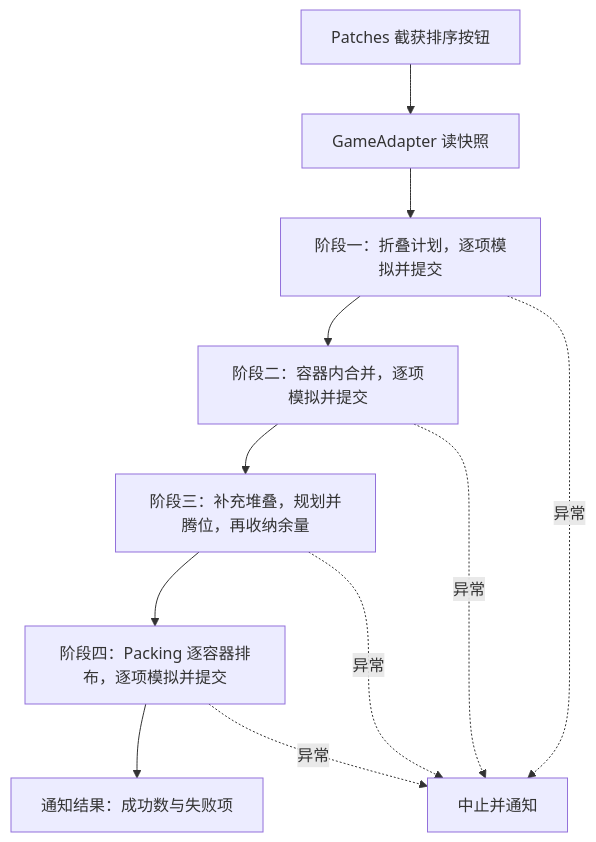
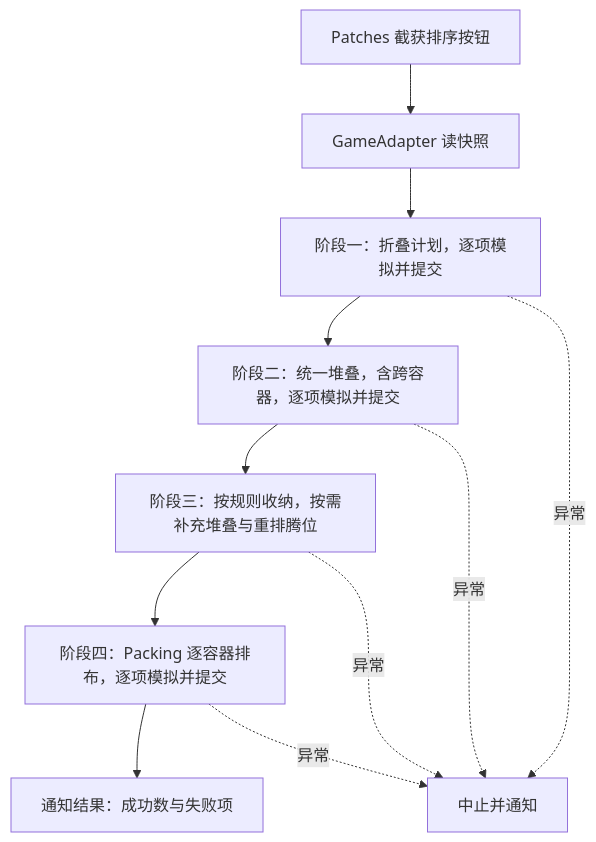
Before and after one commit to ChouUn/spt-inventory-organizer: the second of 2 diagrams in docs/arch.md, drawn with Mermaid. The commit also changed other lines of this file and 3 other files, not shown here.

````diff
--- a/docs/arch.md
+++ b/docs/arch.md
@@ -90,13 +98,13 @@
 ```mermaid
 flowchart TB
     Click[Patches 截获排序按钮] --> Snap[GameAdapter 读快照]
     Snap --> Fold[阶段一：折叠计划，逐项模拟并提交]
-    Fold --> Merge[阶段二：容器内合并，逐项模拟并提交]
-    Merge --> Collect[阶段三：补充堆叠，规划并腾位，再收纳余量]
+    Fold --> Merge[阶段二：统一堆叠，含跨容器，逐项模拟并提交]
+    Merge --> Collect[阶段三：按规则收纳，按需补充堆叠与重排腾位]
     Collect --> Pack[阶段四：Packing 逐容器排布，逐项模拟并提交]
     Pack --> Notify[通知结果：成功数与失败项]
     Fold -. 异常 .-> Abort[中止并通知]
     Merge -. 异常 .-> Abort
     Collect -. 异常 .-> Abort
     Pack -. 异常 .-> Abort
 ```
````
